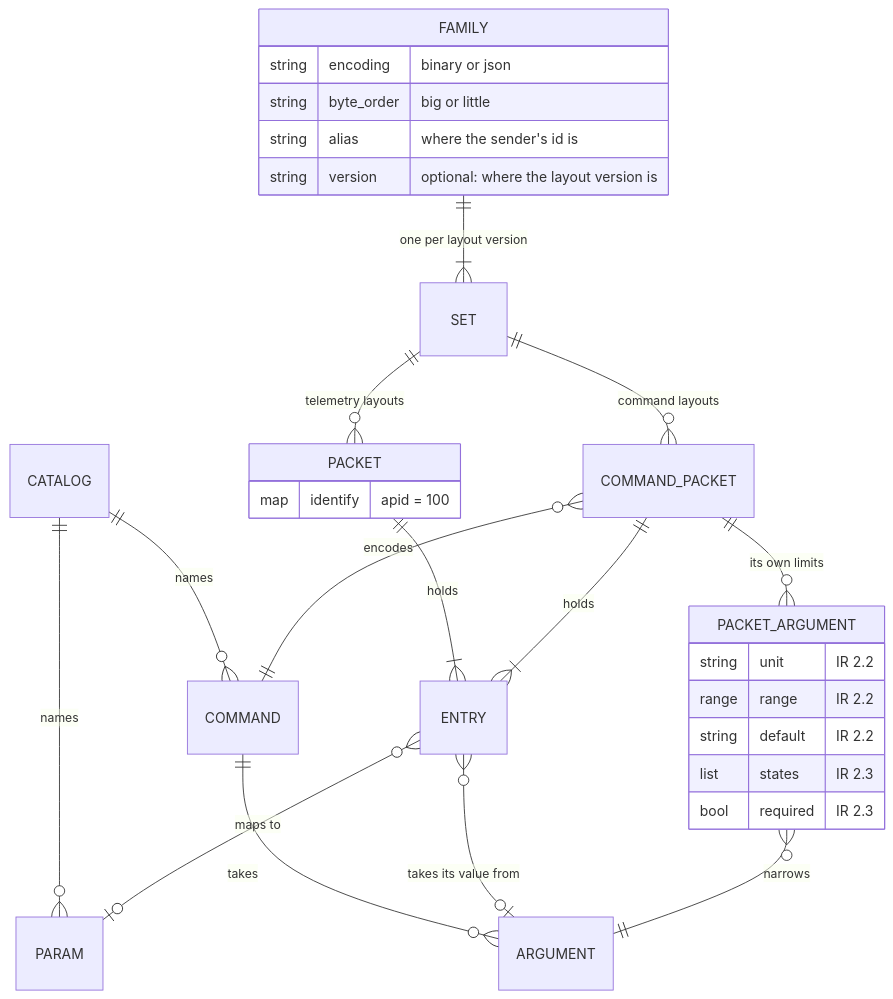
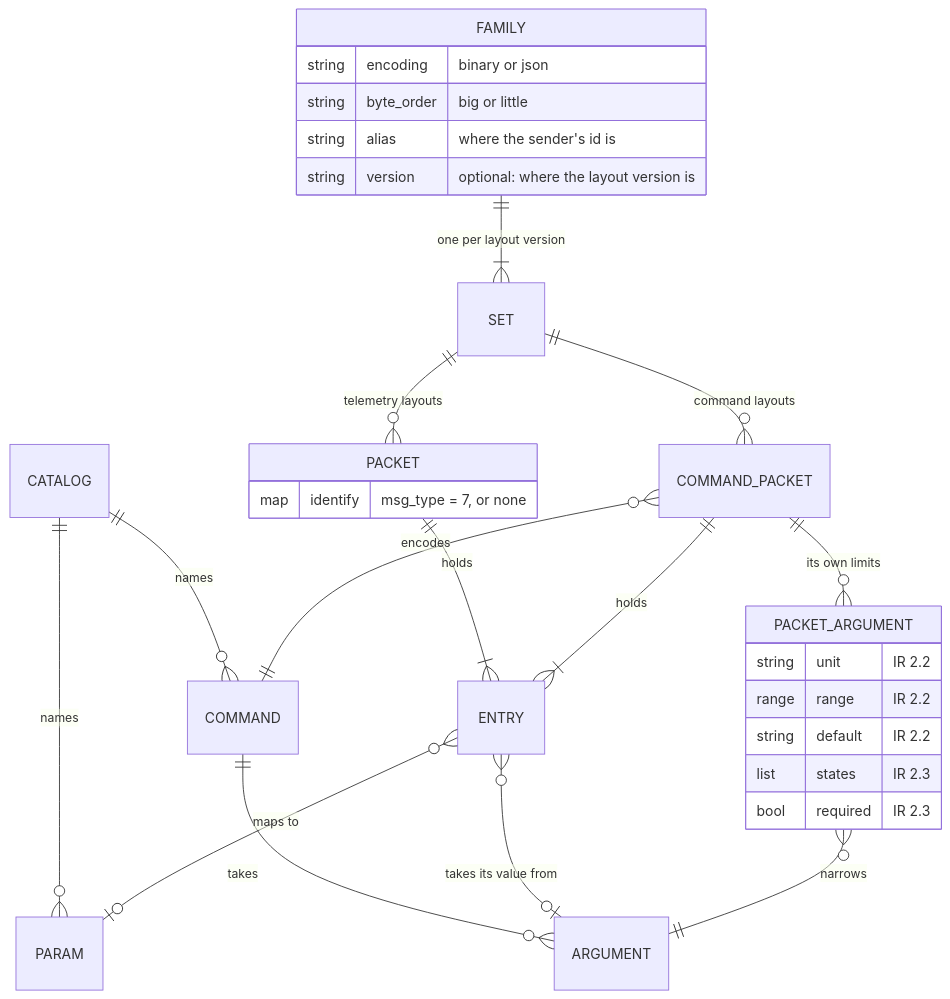
The second of 3 diagrams in README.md (zthacker/mdl), drawn with Mermaid before and after one commit. The commit also changed other lines of this file and 12 other files, not shown here.

````diff
--- a/README.md
+++ b/README.md
@@ -234,32 +234,32 @@
 ```mermaid
 erDiagram
     CATALOG ||--o{ PARAM : names
     CATALOG ||--o{ COMMAND : names
     COMMAND ||--o{ ARGUMENT : takes
     FAMILY ||--|{ SET : "one per layout version"
     SET ||--o{ PACKET : "telemetry layouts"
     SET ||--o{ COMMAND_PACKET : "command layouts"
     PACKET ||--|{ ENTRY : holds
     COMMAND_PACKET ||--|{ ENTRY : holds
     ENTRY }o--o| PARAM : "maps to"
     ENTRY }o--o| ARGUMENT : "takes its value from"
     COMMAND_PACKET }o--|| COMMAND : encodes
     COMMAND_PACKET ||--o{ PACKET_ARGUMENT : "its own limits"
     PACKET_ARGUMENT }o--|| ARGUMENT : narrows
     FAMILY {
         string encoding "binary or json"
         string byte_order "big or little"
         string alias "where the sender's id is"
         string version "optional: where the layout version is"
     }
     PACKET {
-        map identify "apid = 100"
+        map identify "msg_type = 7, or none"
     }
     PACKET_ARGUMENT {
         string unit "IR 2.2"
         range range "IR 2.2"
         string default "IR 2.2"
         list states "IR 2.3"
         bool required "IR 2.3"
     }
 ```
````
